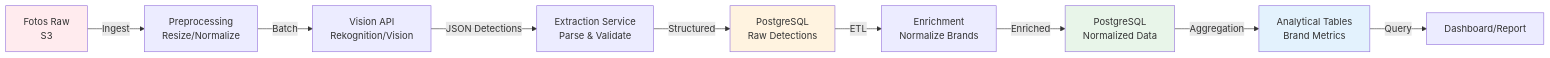
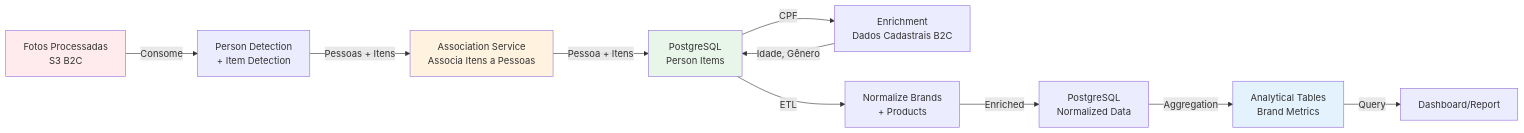
The second of 5 diagrams in docs/event_brand_report_technical_plan.md (rafaelaleao5/midiaz-top4), drawn with Mermaid before and after one commit. The commit also changed other lines of this file, not shown here.

````diff
--- a/docs/event_brand_report_technical_plan.md
+++ b/docs/event_brand_report_technical_plan.md
@@ -166,16 +172,17 @@
 ```mermaid
 flowchart LR
-    A[Fotos Raw<br/>S3] -->|Ingest| B[Preprocessing<br/>Resize/Normalize]
-    B -->|Batch| C[Vision API<br/>Rekognition/Vision]
-    C -->|JSON Detections| D[Extraction Service<br/>Parse & Validate]
-    D -->|Structured| E[PostgreSQL<br/>Raw Detections]
-    E -->|ETL| F[Enrichment<br/>Normalize Brands]
+    A[Fotos Processadas<br/>S3 B2C] -->|Consome| B[Person Detection<br/>+ Item Detection]
+    B -->|Pessoas + Itens| C[Association Service<br/>Associa Itens a Pessoas]
+    C -->|Pessoa + Itens| D[PostgreSQL<br/>Person Items]
+    D -->|CPF| E[Enrichment<br/>Dados Cadastrais B2C]
+    E -->|Idade, Gênero| D
+    D -->|ETL| F[Normalize Brands<br/>+ Products]
     F -->|Enriched| G[PostgreSQL<br/>Normalized Data]
     G -->|Aggregation| H[Analytical Tables<br/>Brand Metrics]
     H -->|Query| I[Dashboard/Report]
     
     style A fill:#ffebee
-    style E fill:#fff3e0
-    style G fill:#e8f5e9
+    style C fill:#fff3e0
+    style D fill:#e8f5e9
     style H fill:#e3f2fd
 ```
````
